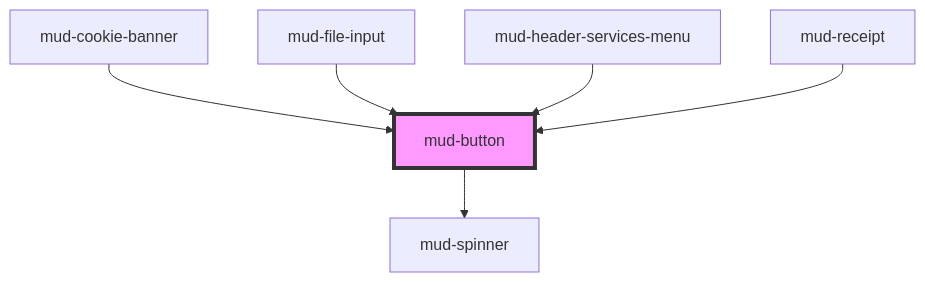
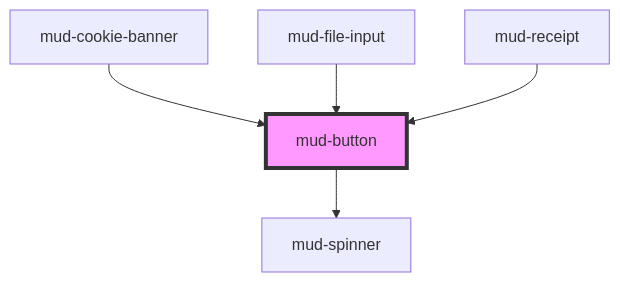
The diagram in src/components/mud-button/readme.md (egov-moldova/design-system), drawn with Mermaid before and after one commit. The commit also changed other lines of this file and 48 other files, not shown here.

First line of the commit message:
feat!: remove the mud-header and mud-footer organisms

````diff
--- a/src/components/mud-button/readme.md
+++ b/src/components/mud-button/readme.md
@@ -61,9 +60,8 @@
 ```mermaid
 graph TD;
   mud-button --> mud-spinner
   mud-cookie-banner --> mud-button
   mud-file-input --> mud-button
-  mud-header-services-menu --> mud-button
   mud-receipt --> mud-button
   style mud-button fill:#f9f,stroke:#333,stroke-width:4px
 ```
````
